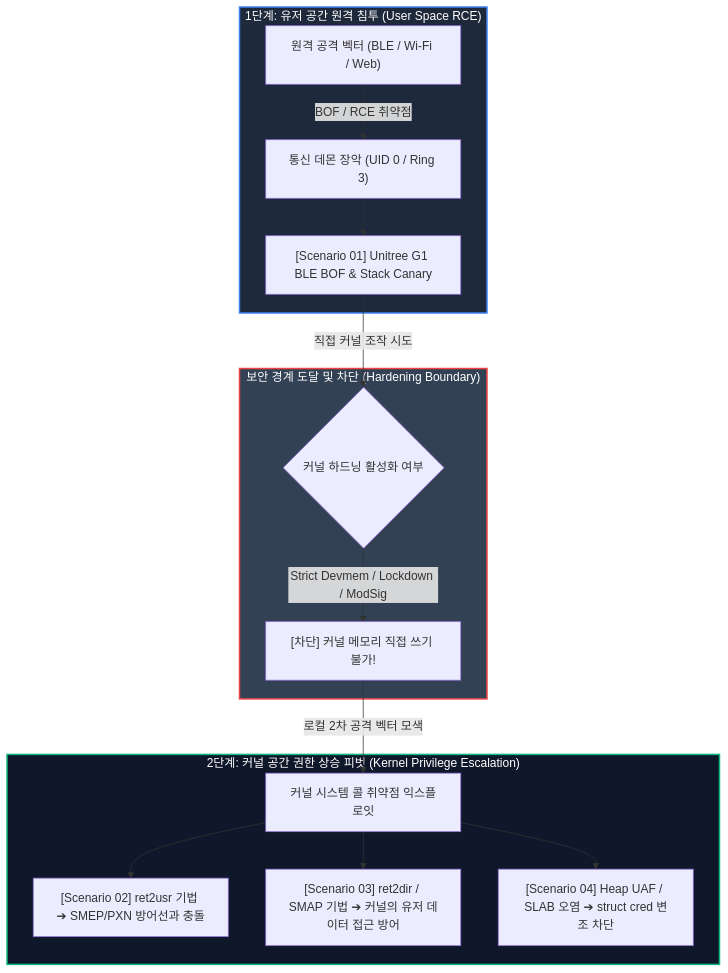
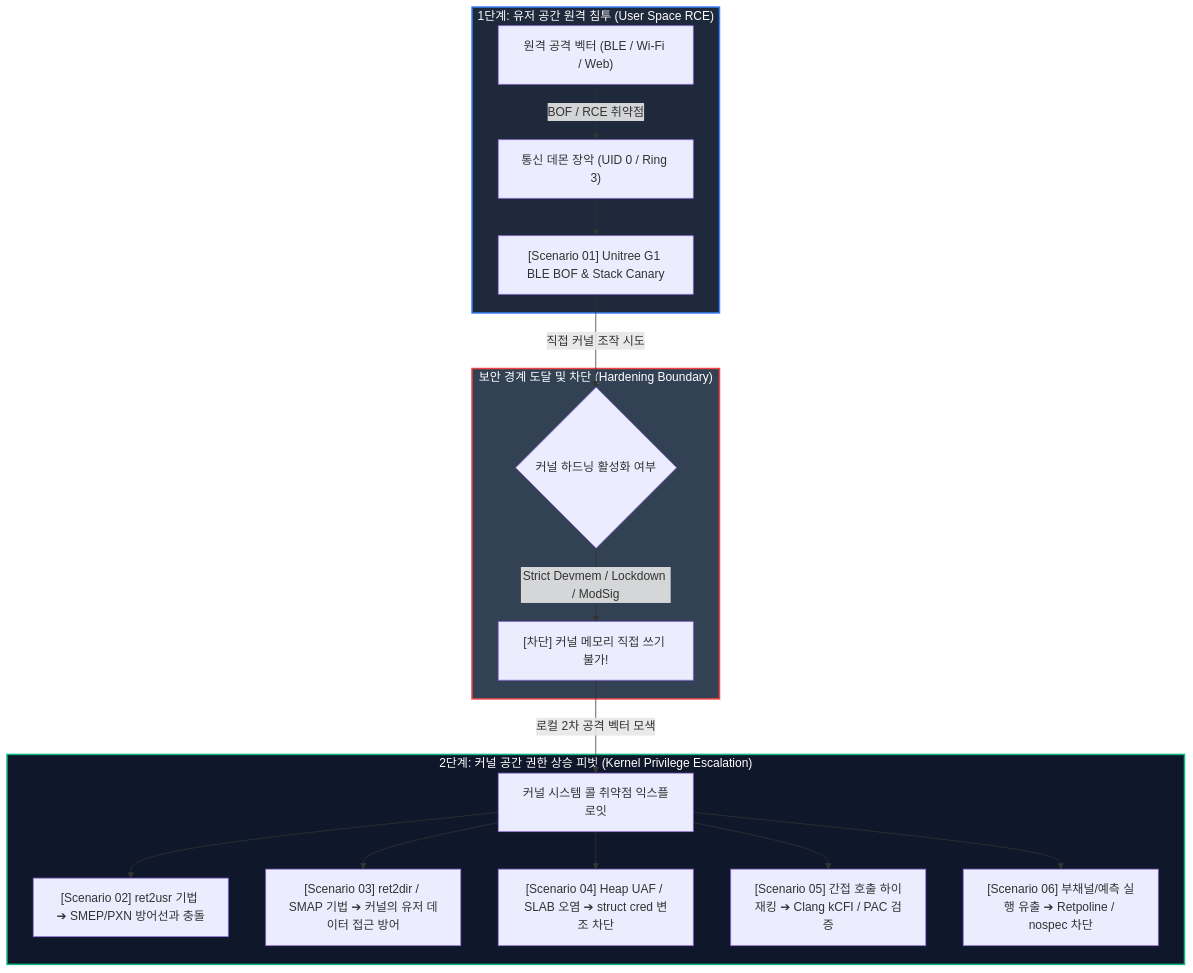
Before and after one commit to auking45/linux-kernel-hardening-lab: the diagram in docs/ko/scenarios/index.md, drawn with Mermaid. The commit also changed other lines of this file and 1 other file, not shown here.

Commit message:
docs(scenarios): update Stage 3 flowchart and descriptions to include Scenario 05 and 06

````diff
--- a/docs/ko/scenarios/index.md
+++ b/docs/ko/scenarios/index.md
@@ -91,23 +91,25 @@
 ```mermaid
 flowchart TD
     subgraph Stage1 ["1단계: 유저 공간 원격 침투 (User Space RCE)"]
         A["원격 공격 벡터 (BLE / Wi-Fi / Web)"] -->|"BOF / RCE 취약점"| B["통신 데몬 장악 (UID 0 / Ring 3)"]
         B --> C["[Scenario 01] Unitree G1 BLE BOF & Stack Canary"]
     end
 
     subgraph Stage2 ["보안 경계 도달 및 차단 (Hardening Boundary)"]
         C -->|"직접 커널 조작 시도"| D{"커널 하드닝 활성화 여부"}
         D -->|"Strict Devmem / Lockdown / ModSig"| E["[차단] 커널 메모리 직접 쓰기 불가!"]
     end
 
     subgraph Stage3 ["2단계: 커널 공간 권한 상승 피벗 (Kernel Privilege Escalation)"]
         E -->|"로컬 2차 공격 벡터 모색"| F["커널 시스템 콜 취약점 익스플로잇"]
         F --> G["[Scenario 02] ret2usr 기법 ➔ SMEP/PXN 방어선과 충돌"]
         F --> H["[Scenario 03] ret2dir / SMAP 기법 ➔ 커널의 유저 데이터 접근 방어"]
         F --> I["[Scenario 04] Heap UAF / SLAB 오염 ➔ struct cred 변조 차단"]
+        F --> J["[Scenario 05] 간접 호출 하이재킹 ➔ Clang kCFI / PAC 검증"]
+        F --> K["[Scenario 06] 부채널/예측 실행 유출 ➔ Retpoline / nospec 차단"]
     end
 
     style Stage1 fill:#1e293b,stroke:#3b82f6,stroke-width:2px,color:#fff
     style Stage2 fill:#334155,stroke:#ef4444,stroke-width:2px,color:#fff
     style Stage3 fill:#0f172a,stroke:#10b981,stroke-width:2px,color:#fff
 ```
````
